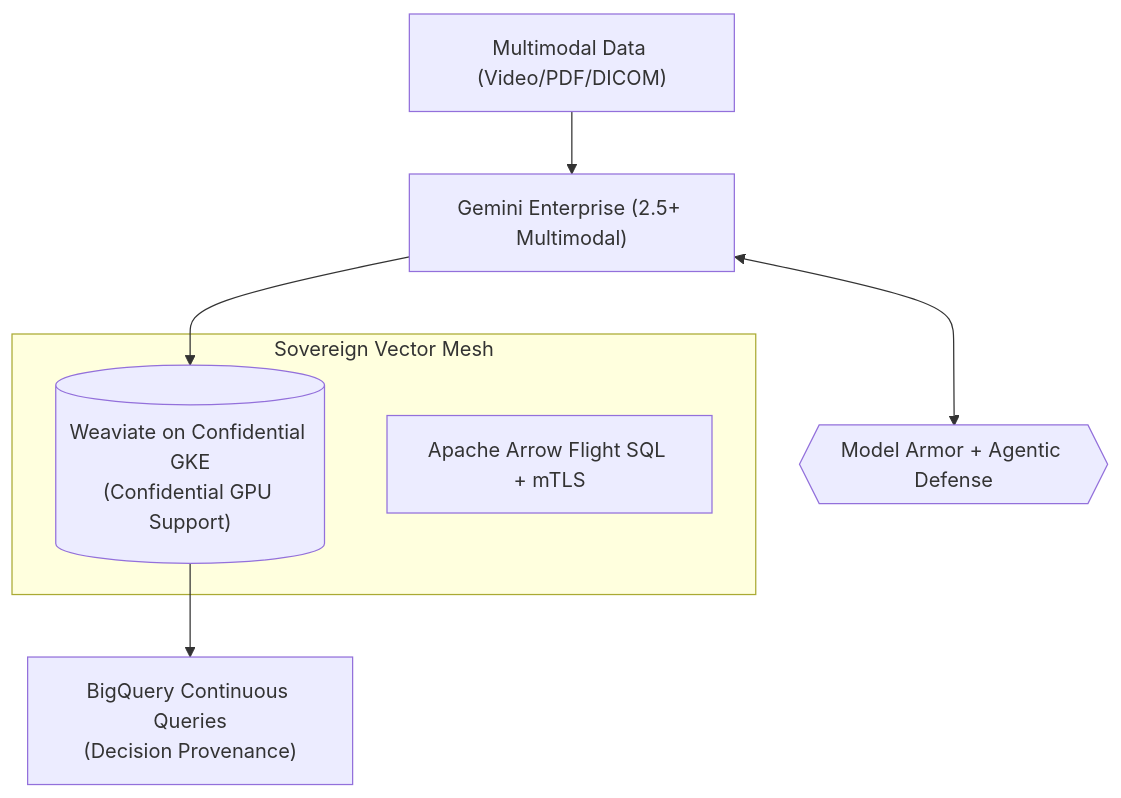
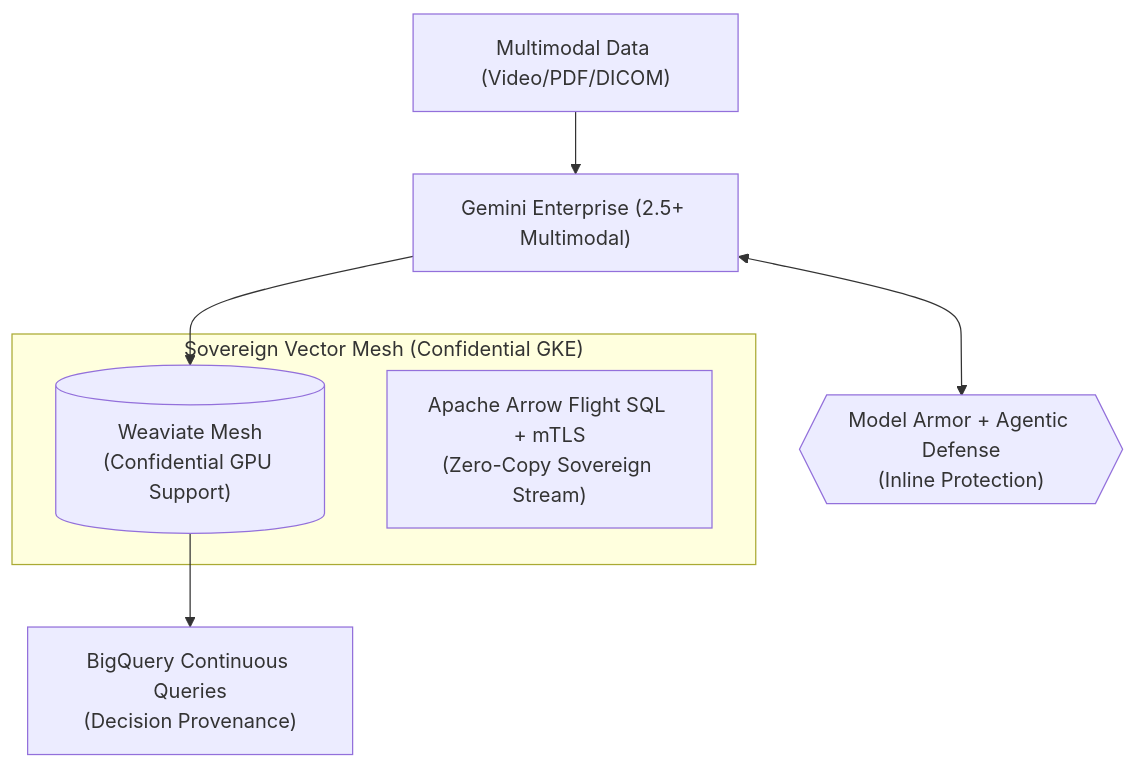
Before and after one commit to anandkrshnn-ai/gcp-qe-architecture: the third of 4 diagrams in guides/06-gcp-portfolio-masterpieces-2026.md, drawn with Mermaid. The commit also changed other lines of this file and 1 other file, not shown here.

Commit message:
docs: add 2026 cost-benefit analysis and improve Mermaid diagrams

````diff
--- a/guides/06-gcp-portfolio-masterpieces-2026.md
+++ b/guides/06-gcp-portfolio-masterpieces-2026.md
@@ -68,14 +69,14 @@
 ```mermaid
 graph TD
     Data_Ingest["Multimodal Data (Video/PDF/DICOM)"] --> Gemini_Enterprise["Gemini Enterprise (2.5+ Multimodal)"]
     
-    subgraph "Sovereign Vector Mesh"
-        Weaviate[("Weaviate on Confidential GKE\n(Confidential GPU Support)")]
-        Arrow_Flight["Apache Arrow Flight SQL + mTLS"]
+    subgraph "Sovereign Vector Mesh (Confidential GKE)"
+        Weaviate[("Weaviate Mesh\n(Confidential GPU Support)")]
+        Arrow_Flight["Apache Arrow Flight SQL + mTLS\n(Zero-Copy Sovereign Stream)"]
     end
 
     Gemini_Enterprise --> Weaviate
     Weaviate --> BigQuery["BigQuery Continuous Queries\n(Decision Provenance)"]
-    Model_Armor{{"Model Armor + Agentic Defense"}}
+    Model_Armor{{"Model Armor + Agentic Defense\n(Inline Protection)"}}
     Gemini_Enterprise <--> Model_Armor
 ```
````
